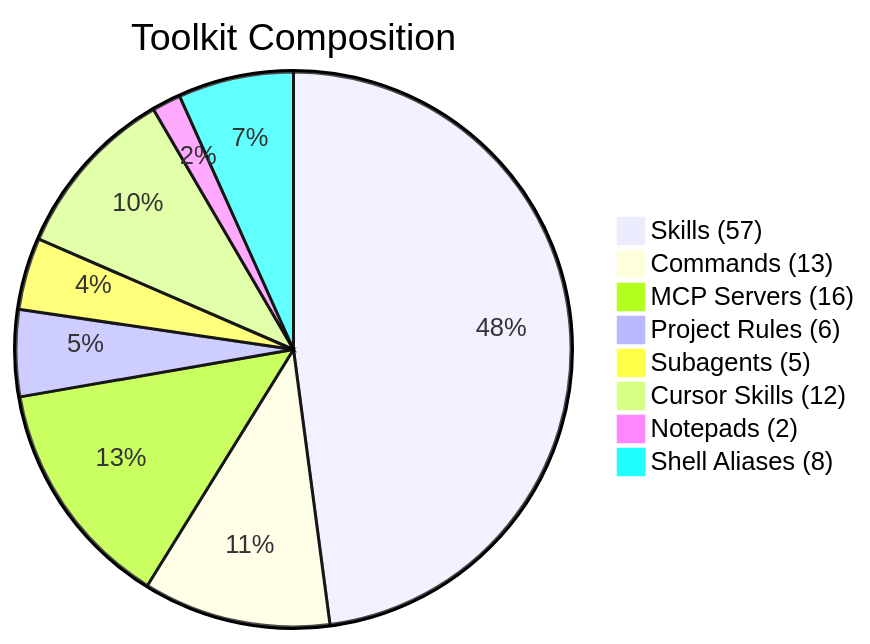
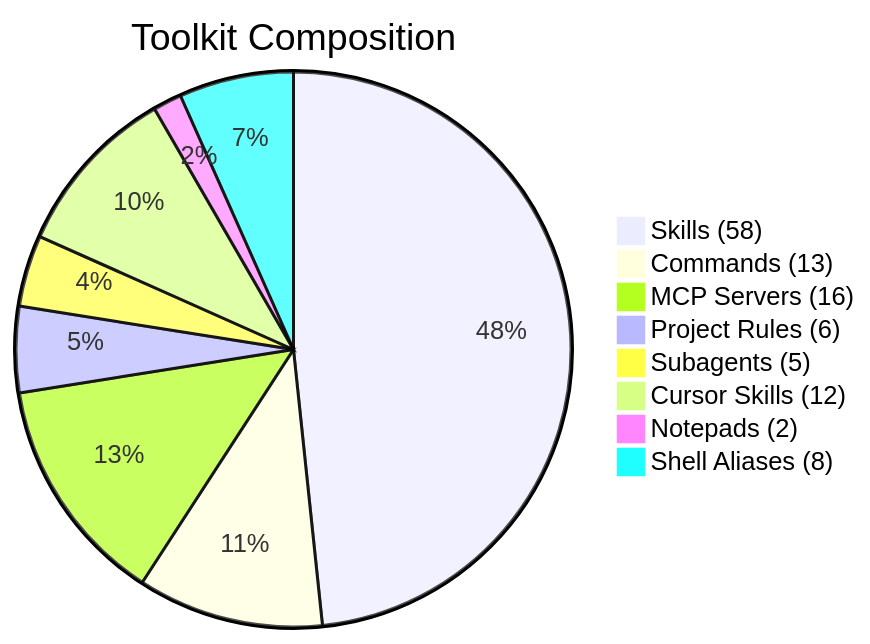
One commit to kensaurus/cursor-kenji changed the second of 12 diagrams in README.md. Above: the diagram before and after it, drawn with Mermaid. The commit also changed other lines of this file and 1 other file, not shown here.

First line of the commit message:
feat(skills): add test-emulator for native build QA on Android emulator

````diff
--- a/README.md
+++ b/README.md
@@ -122,11 +122,11 @@
 ```mermaid
 pie title Toolkit Composition
-    "Skills (57)" : 57
+    "Skills (58)" : 58
     "Commands (13)" : 13
     "MCP Servers (16)" : 16
     "Project Rules (6)" : 6
     "Subagents (5)" : 5
     "Cursor Skills (12)" : 12
     "Notepads (2)" : 2
     "Shell Aliases (8)" : 8
 ```
````
